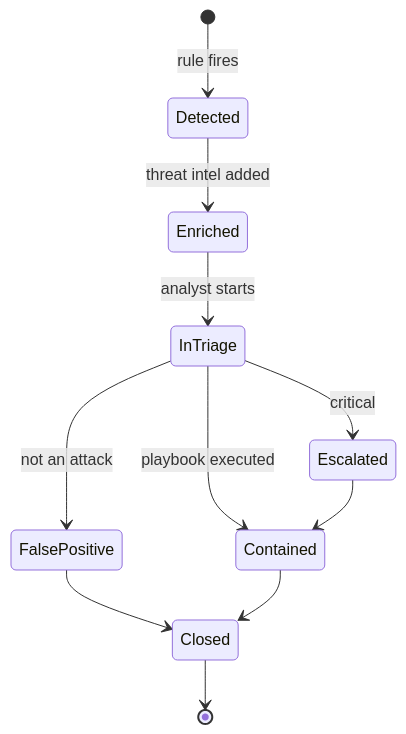
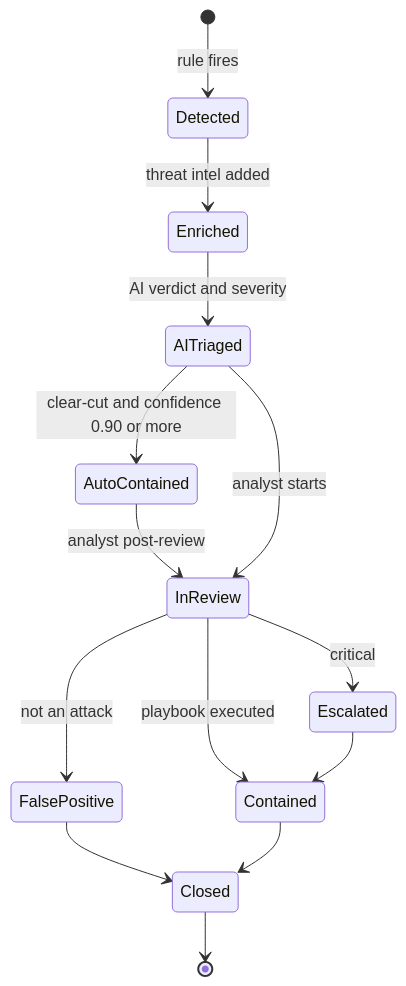
One commit to SalehAyman55/Project-4 changed the fourth of 7 diagrams in README.md. Above: the diagram before and after it, drawn with Mermaid. The commit also changed other lines of this file and 20 other files, not shown here.

First line of the commit message:
docs: restructure project, add README, diagrams and repo scaffolding

````diff
--- a/README.md
+++ b/README.md
@@ -270,13 +440,16 @@
 ```mermaid
 stateDiagram-v2
     [*] --> Detected: rule fires
     Detected --> Enriched: threat intel added
-    Enriched --> InTriage: analyst starts
-    InTriage --> FalsePositive: not an attack
-    InTriage --> Escalated: critical
-    InTriage --> Contained: playbook executed
+    Enriched --> AITriaged: AI verdict and severity
+    AITriaged --> AutoContained: clear-cut and confidence 0.90 or more
+    AutoContained --> InReview: analyst post-review
+    AITriaged --> InReview: analyst starts
+    InReview --> FalsePositive: not an attack
+    InReview --> Escalated: critical
+    InReview --> Contained: playbook executed
     Escalated --> Contained
     FalsePositive --> Closed
     Contained --> Closed
     Closed --> [*]
 ```
````
